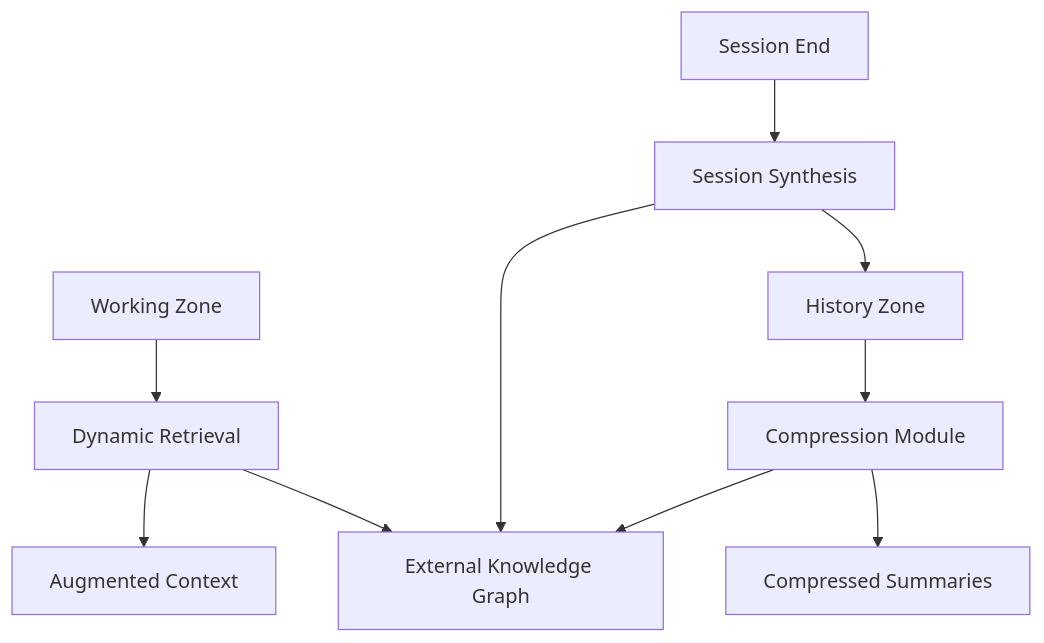
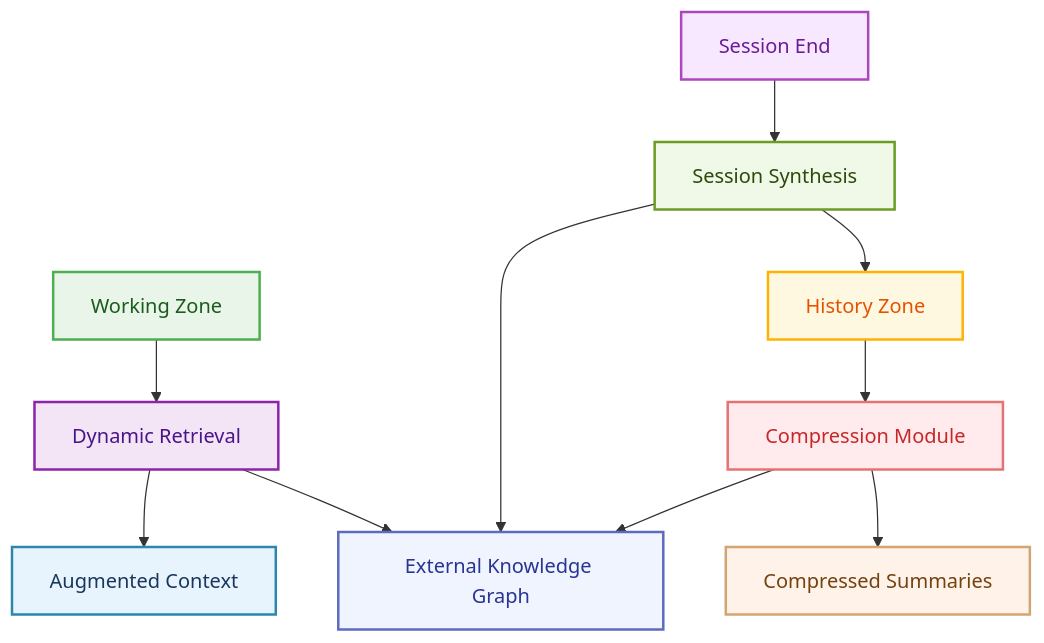
Before and after one commit to raphaelmansuy/digital_palace: diagram 14 of 17 in reference/technical-articles/2025-06-29-context-management-llm-agents.md, drawn with Mermaid. The commit also changed other lines of this file, not shown here.

Commit message:
feat: enhance flowchart styles for improved visual clarity and consistency

````diff
--- a/reference/technical-articles/2025-06-29-context-management-llm-agents.md
+++ b/reference/technical-articles/2025-06-29-context-management-llm-agents.md
@@ -459,14 +530,24 @@
 ```mermaid
 graph TD
     A[Working Zone] --> B[Dynamic Retrieval]
     B --> C[External Knowledge Graph]
     B --> D[Augmented Context]
     
     E[History Zone] --> F[Compression Module]
     F --> G[Compressed Summaries]
     F --> C
     
     H[Session End] --> I[Session Synthesis]
     I --> E
     I --> C
+    
+    style A fill:#E8F5E8,stroke:#4CAF50,stroke-width:2px,color:#1B5C1E
+    style B fill:#F3E5F5,stroke:#8E24AA,stroke-width:2px,color:#4A148C
+    style C fill:#F0F4FF,stroke:#5C6BC0,stroke-width:2px,color:#283593
+    style D fill:#E8F4FD,stroke:#2E86AB,stroke-width:2px,color:#1A365D
+    style E fill:#FFF8E1,stroke:#FFB300,stroke-width:2px,color:#E65100
+    style F fill:#FFEBEE,stroke:#E57373,stroke-width:2px,color:#C62828
+    style G fill:#FFF2E8,stroke:#D4A574,stroke-width:2px,color:#744210
+    style H fill:#F8E8FF,stroke:#AB47BC,stroke-width:2px,color:#6A1B9A
+    style I fill:#F0F9E8,stroke:#6B9C23,stroke-width:2px,color:#2D4A0A
 ```
````
